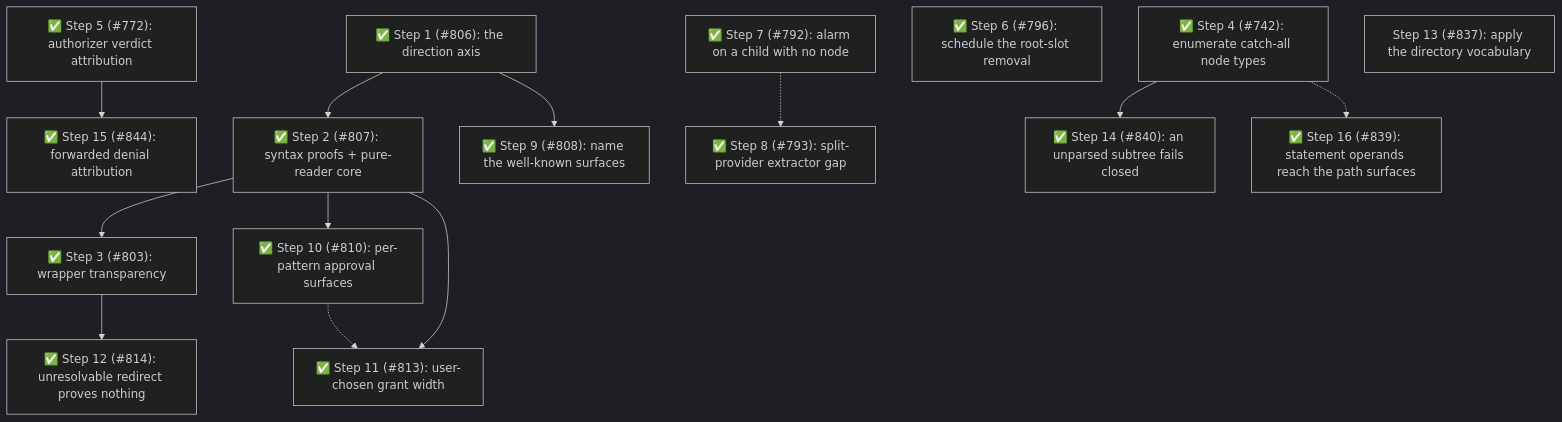
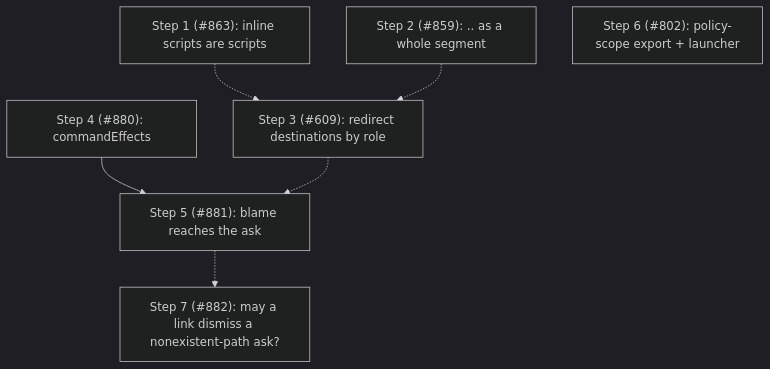
The fourth of 4 diagrams in docs/architecture/architecture.md (xzzpig/pi-extensions), drawn with Mermaid (dark theme) before and after one commit. The commit also changed other lines of this file and 361 other files, not shown here.

````diff
--- a/docs/architecture/architecture.md
+++ b/docs/architecture/architecture.md
@@ -1590,22 +1281,9 @@
 ```mermaid
 flowchart TD
-    S1["✅ Step 1 (#806): the direction axis"] --> S2["✅ Step 2 (#807): syntax proofs + pure-reader core"]
-    S2 --> S3["✅ Step 3 (#803): wrapper transparency"]
-    S4["✅ Step 4 (#742): enumerate catch-all node types"]
-    S5["✅ Step 5 (#772): authorizer verdict attribution"] --> S15["✅ Step 15 (#844): forwarded denial attribution"]
-    S6["✅ Step 6 (#796): schedule the root-slot removal"]
-    S7["✅ Step 7 (#792): alarm on a child with no node"]
-    S8["✅ Step 8 (#793): split-provider extractor gap"]
-    S9["✅ Step 9 (#808): name the well-known surfaces"]
-    S10["✅ Step 10 (#810): per-pattern approval surfaces"]
-    S11["✅ Step 11 (#813): user-chosen grant width"]
-    S3 --> S12["✅ Step 12 (#814): unresolvable redirect proves nothing"]
-    S13["Step 13 (#837): apply the directory vocabulary"]
-    S4 --> S14["✅ Step 14 (#840): an unparsed subtree fails closed"]
-    S4 -.-> S16["✅ Step 16 (#839): statement operands reach the path surfaces"]
-    S7 -.-> S8
-    S1 --> S9
-    S2 --> S10
-    S2 --> S11
-    S10 -.-> S11
+    S1["Step 1 (#863): inline scripts are scripts"] -.-> S3["Step 3 (#609): redirect destinations by role"]
+    S2["Step 2 (#859): .. as a whole segment"] -.-> S3
+    S4["Step 4 (#880): commandEffects"] --> S5["Step 5 (#881): blame reaches the ask"]
+    S3 -.-> S5
+    S6["Step 6 (#802): policy-scope export + launcher"]
+    S5 -.-> S7["Step 7 (#882): may a link dismiss a nonexistent-path ask?"]
 ```
````
